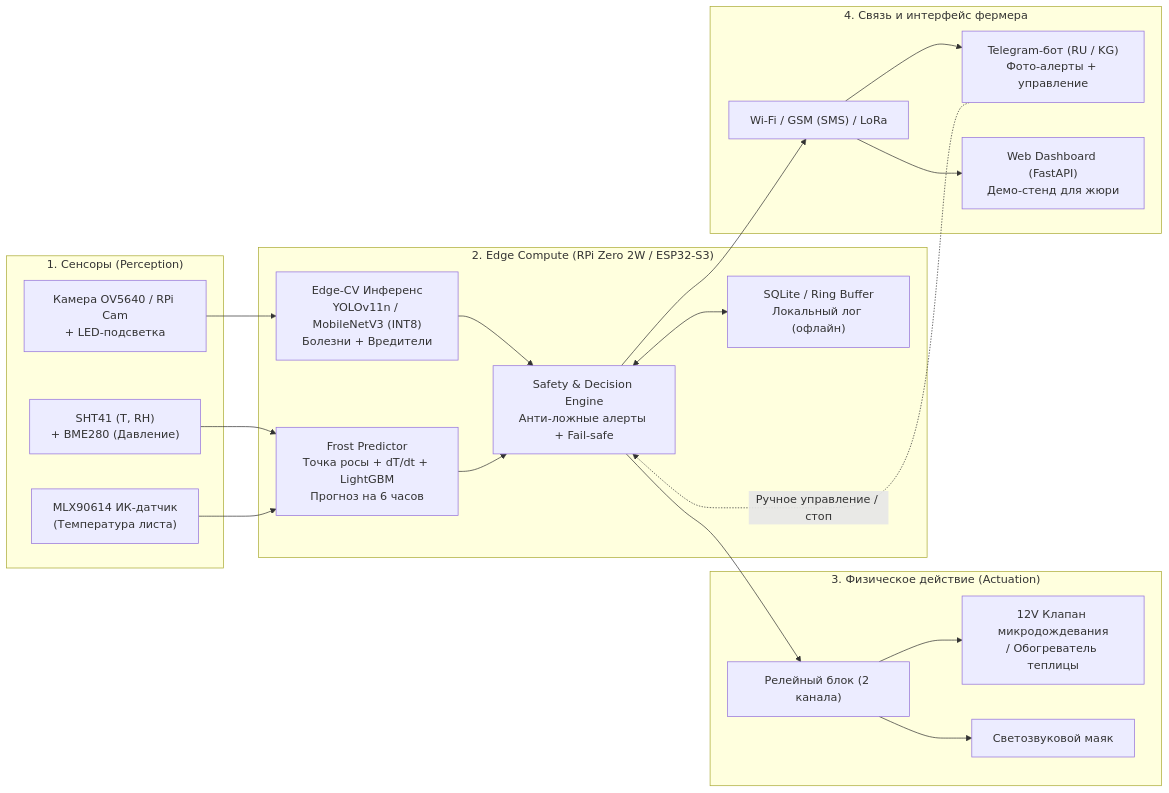
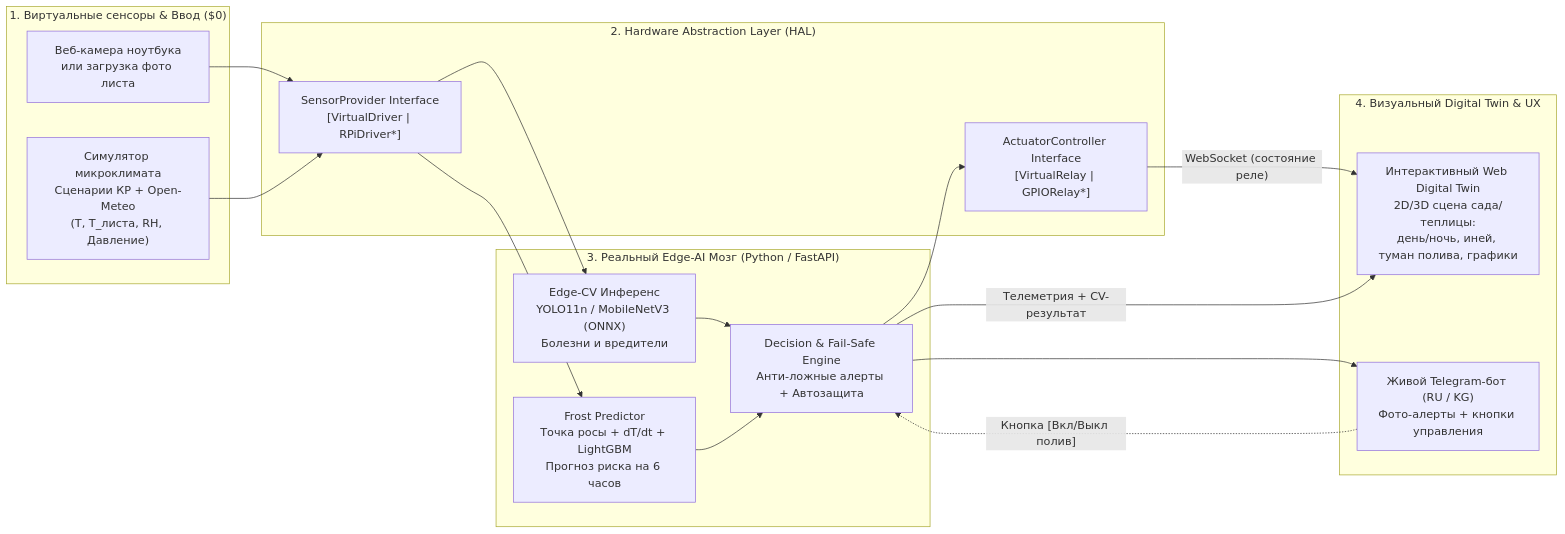
Before and after one commit to muhasteezydev/agriculture: the diagram in ARCHITECTURE.md, drawn with Mermaid. The commit also changed other lines of this file and 1 other file, not shown here.

Commit message:
Switch architecture to bash Virtual Digital Twin MVP and add GitHub README

````diff
--- a/ARCHITECTURE.md
+++ b/ARCHITECTURE.md
@@ -17,41 +20,35 @@
 ```mermaid
 flowchart LR
-    subgraph SENSORS["1. Сенсоры (Perception)"]
-        CAM["Камера OV5640 / RPi Cam\n+ LED-подсветка"]
-        ENV["SHT41 (T, RH)\n+ BME280 (Давление)"]
-        IR["MLX90614 ИК-датчик\n(Температура листа)"]
+    subgraph INPUT["1. Виртуальные сенсоры & Ввод ($0)"]
+        CAM["Веб-камера ноутбука\nили загрузка фото листа"]
+        SIM["Симулятор микроклимата\nСценарии КР + Open-Meteo\n(T, T_листа, RH, Давление)"]
     end
 
-    subgraph EDGE["2. Edge Compute (RPi Zero 2W / ESP32-S3)"]
-        CV["Edge-CV Инференс\nYOLOv11n / MobileNetV3 (INT8)\nБолезни + Вредители"]
-        FROST["Frost Predictor\nТочка росы + dT/dt + LightGBM\nПрогноз на 6 часов"]
-        CTRL["Safety & Decision Engine\nАнти-ложные алерты + Fail-safe"]
-        DB["SQLite / Ring Buffer\nЛокальный лог (офлайн)"]
+    subgraph HAL["2. Hardware Abstraction Layer (HAL)"]
+        S_IF["SensorProvider Interface\n[VirtualDriver | RPiDriver*]"]
+        A_IF["ActuatorController Interface\n[VirtualRelay | GPIORelay*]"]
     end
 
-    subgraph ACT["3. Физическое действие (Actuation)"]
-        RELAY["Релейный блок (2 канала)"]
-        VALVE["12V Клапан микродождевания\n/ Обогреватель теплицы"]
-        ALARM["Светозвуковой маяк"]
+    subgraph AI["3. Реальный Edge-AI Мозг (Python / FastAPI)"]
+        CV["Edge-CV Инференс\nYOLO11n / MobileNetV3 (ONNX)\nБолезни и вредители"]
+        FROST["Frost Predictor\nТочка росы + dT/dt + LightGBM\nПрогноз риска на 6 часов"]
+        CTRL["Decision & Fail-Safe Engine\nАнти-ложные алерты + Автозащита"]
     end
 
-    subgraph UX["4. Связь и интерфейс фермера"]
-        COMM["Wi-Fi / GSM (SMS) / LoRa"]
-        TG["Telegram-бот (RU / KG)\nФото-алерты + управление"]
-        DASH["Web Dashboard (FastAPI)\nДемо-стенд для жюри"]
+    subgraph VISUAL["4. Визуальный Digital Twin & UX"]
+        TWIN["Интерактивный Web Digital Twin\n2D/3D сцена сада/теплицы:\nдень/ночь, иней, туман полива, графики"]
+        TG["Живой Telegram-бот (RU / KG)\nФото-алерты + кнопки управления"]
     end
 
-    CAM --> CV
-    ENV --> FROST
-    IR --> FROST
+    CAM --> S_IF
+    SIM --> S_IF
+    S_IF --> CV
+    S_IF --> FROST
     CV --> CTRL
     FROST --> CTRL
-    CTRL <--> DB
-    CTRL --> RELAY
-    RELAY --> VALVE
-    RELAY --> ALARM
-    CTRL --> COMM
-    COMM --> TG
-    COMM --> DASH
-    TG -.->|"Ручное управление / стоп"| CTRL
+    CTRL --> A_IF
+    A_IF -->|"WebSocket (состояние реле)"| TWIN
+    CTRL -->|"Телеметрия + CV-результат"| TWIN
+    CTRL --> TG
+    TG -.->|"Кнопка [Вкл/Выкл полив]"| CTRL
 ```
````
